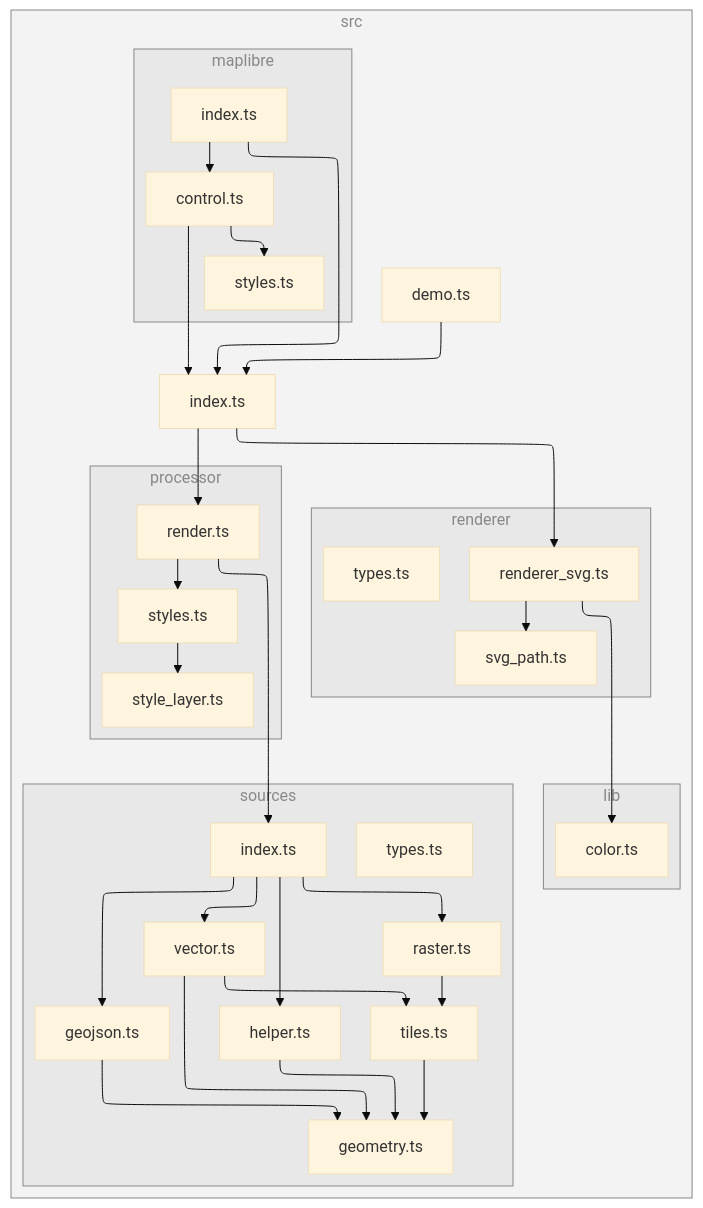
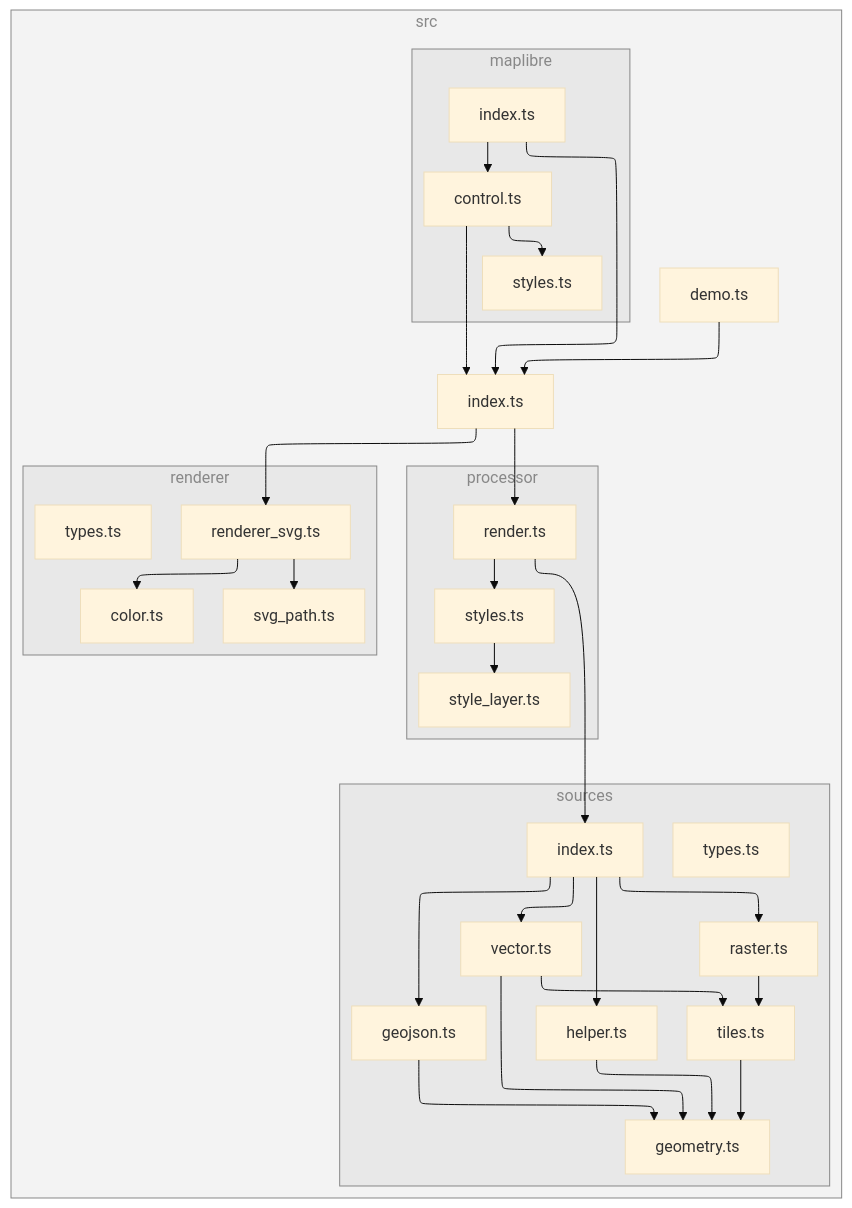
Before and after one commit to versatiles-org/versatiles-renderer: the diagram in README.md, drawn with Mermaid (base theme). The commit also changed 3 other files, not shown here.

````diff
--- a/README.md
+++ b/README.md
@@ -126,65 +126,63 @@
 ```mermaid
 ---
 config:
   layout: elk
 ---
 flowchart TB
 
 subgraph 0["src"]
 1["demo.ts"]
 2["index.ts"]
 subgraph 3["processor"]
 4["render.ts"]
 D["styles.ts"]
 E["style_layer.ts"]
 end
 subgraph 5["sources"]
 6["index.ts"]
 7["geojson.ts"]
 8["geometry.ts"]
 9["helper.ts"]
 A["raster.ts"]
 B["tiles.ts"]
 C["vector.ts"]
-P["types.ts"]
+O["types.ts"]
 end
 subgraph F["renderer"]
 G["renderer_svg.ts"]
-J["svg_path.ts"]
-O["types.ts"]
+H["color.ts"]
+I["svg_path.ts"]
+N["types.ts"]
 end
-subgraph H["lib"]
-I["color.ts"]
-end
-subgraph K["maplibre"]
-L["control.ts"]
-M["styles.ts"]
-N["index.ts"]
+subgraph J["maplibre"]
+K["control.ts"]
+L["styles.ts"]
+M["index.ts"]
 end
 end
 1-->2
 2-->4
 2-->G
 4-->6
 4-->D
 6-->7
 6-->9
 6-->A
 6-->C
 7-->8
 9-->8
 A-->B
 B-->8
 C-->8
 C-->B
 D-->E
+G-->H
 G-->I
-G-->J
-L-->2
-L-->M
-N-->2
-N-->L
+K-->2
+K-->L
+M-->2
+M-->K
 
-class 0,3,5,F,H,K subgraphs;
+class 0,3,5,F,J subgraphs;
 classDef subgraphs fill-opacity:0.1, fill:#888, color:#888, stroke:#888;
 ```
````
